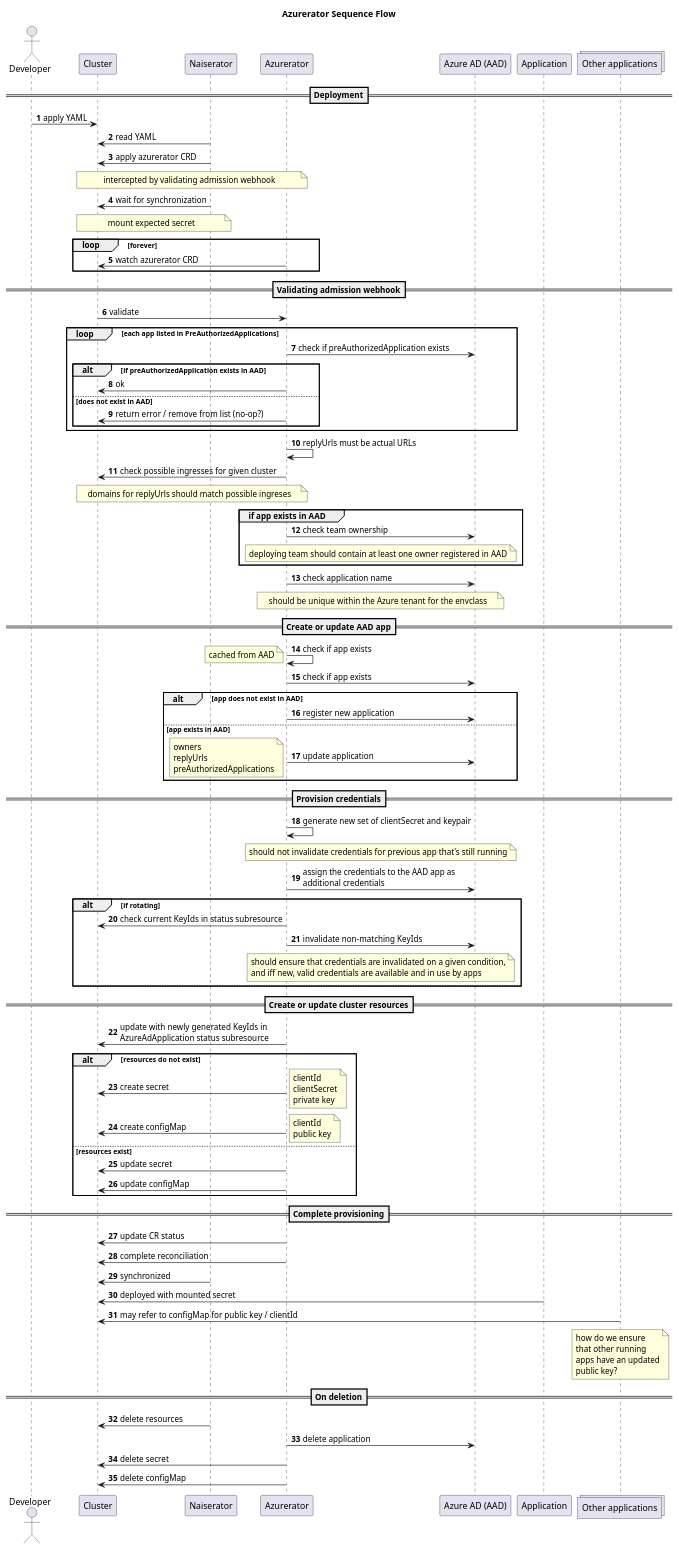
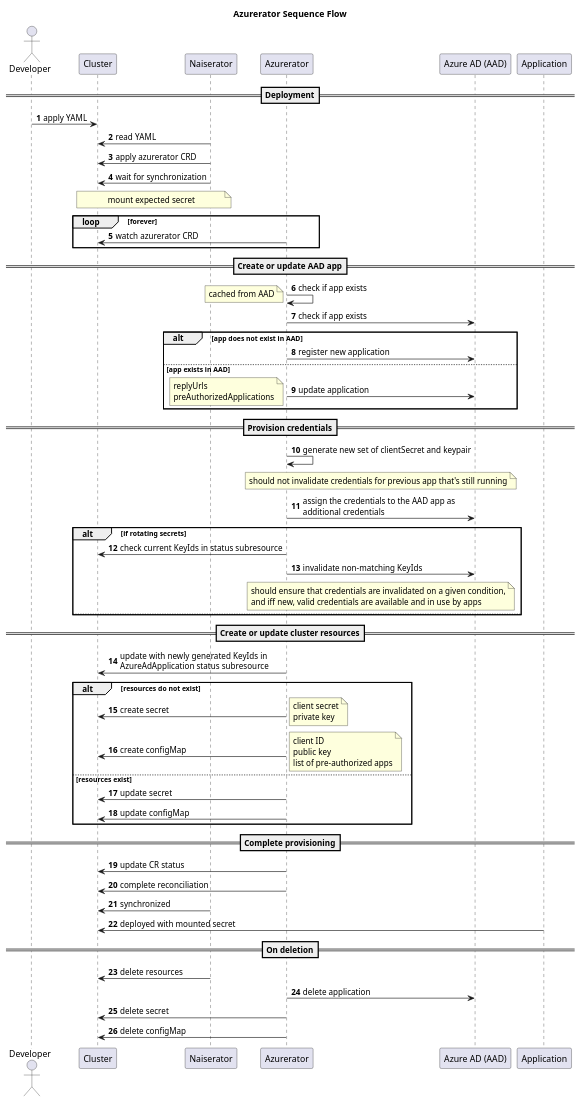
Before and after one commit to nais/azurerator: the diagram in docs/sequence.puml, drawn with PlantUML.

Commit message:
docs: update sequence diagram

```diff
--- a/docs/sequence.puml
+++ b/docs/sequence.puml
@@ -1,125 +1,90 @@
 @startuml component
 title Azurerator Sequence Flow
 skinparam maxMessageSize 300
 autonumber
 
 actor developer as "Developer"
 participant cluster as "Cluster"
 participant naiserator as "Naiserator"
 participant azurerator as "Azurerator"
 participant azuread as "Azure AD (AAD)"
 participant application as "Application"
-collections applications as "Other applications"
 
 ==Deployment==
 developer -> cluster: apply YAML
 cluster <- naiserator: read YAML
 cluster <- naiserator: apply azurerator CRD
-note over cluster, azurerator: intercepted by validating admission webhook
 naiserator -> cluster: wait for synchronization
 note over naiserator, cluster: mount expected secret
 
 loop forever
 	azurerator -> cluster: watch azurerator CRD
 end
-
-==Validating admission webhook==
-cluster -> azurerator: validate
-
-loop each app listed in PreAuthorizedApplications
-    azurerator -> azuread: check if preAuthorizedApplication exists
-    alt if preAuthorizedApplication exists in AAD
-        azurerator -> cluster: ok
-    else does not exist in AAD
-        azurerator -> cluster: return error / remove from list (no-op?)
-    end
-end
-azurerator -> azurerator: replyUrls must be actual URLs
-
-azurerator -> cluster: check possible ingresses for given cluster
-note over cluster, azurerator: domains for replyUrls should match possible ingreses
-group if app exists in AAD
-    azurerator -> azuread: check team ownership
-    note over azurerator, azuread
-        deploying team should contain at least one owner registered in AAD
-    end note
-end
-
-azurerator -> azuread: check application name
-note over azurerator, azuread: should be unique within the Azure tenant for the envclass
 
 ==Create or update AAD app==
 azurerator -> azurerator: check if app exists
 note left: cached from AAD
 azurerator -> azuread: check if app exists
 alt app does not exist in AAD
 	azurerator -> azuread: register new application
 else app exists in AAD
     azurerator -> azuread: update application
     note left
-        owners
         replyUrls
         preAuthorizedApplications
     end note
 end
 
 ==Provision credentials==
 
 azurerator -> azurerator: generate new set of clientSecret and keypair
 note over azurerator, azuread
     should not invalidate credentials for previous app that's still running
 end note
 
 azurerator -> azuread: assign the credentials to the AAD app as additional credentials
 
-alt if rotating
+alt if rotating secrets
     azurerator -> cluster: check current KeyIds in status subresource
     azurerator -> azuread: invalidate non-matching KeyIds
     note over azurerator, azuread
         should ensure that credentials are invalidated on a given condition,
         and iff new, valid credentials are available and in use by apps
     end note
 else
 
 end
 
 ==Create or update cluster resources==
 azurerator -> cluster: update with newly generated KeyIds in AzureAdApplication status subresource
 
 alt resources do not exist
 	azurerator -> cluster: create secret
 	note right
-        clientId
-        clientSecret
+        client secret
         private key
     end note
 	azurerator -> cluster: create configMap
 	note right
-        clientId
+        client ID
         public key
+        list of pre-authorized apps
     end note
 else resources exist
     azurerator -> cluster: update secret
     azurerator -> cluster: update configMap
 end
 
 ==Complete provisioning==
     azurerator -> cluster: update CR status
     azurerator -> cluster: complete reconciliation
     naiserator -> cluster: synchronized
     application -> cluster: deployed with mounted secret
-    applications -> cluster: may refer to configMap for public key / clientId
-    note over applications
-        how do we ensure
-        that other running
-        apps have an updated
-        public key?
-    end note
 
 ==On deletion==
     naiserator -> cluster: delete resources
     azurerator -> azuread: delete application
     azurerator -> cluster: delete secret
     azurerator -> cluster: delete configMap
 
 @enduml
```
